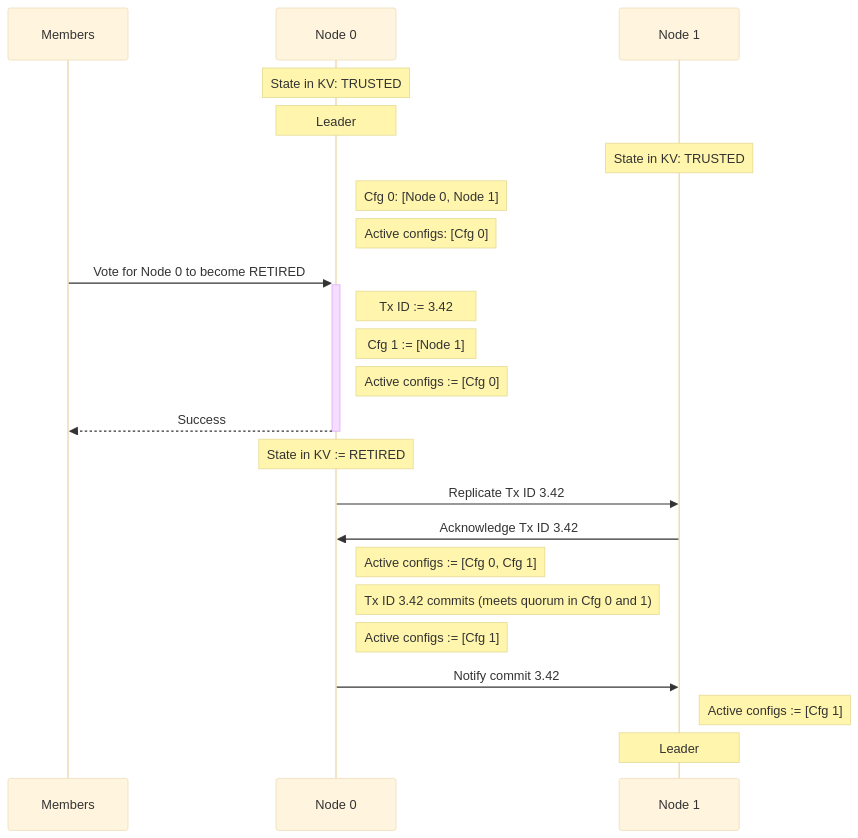
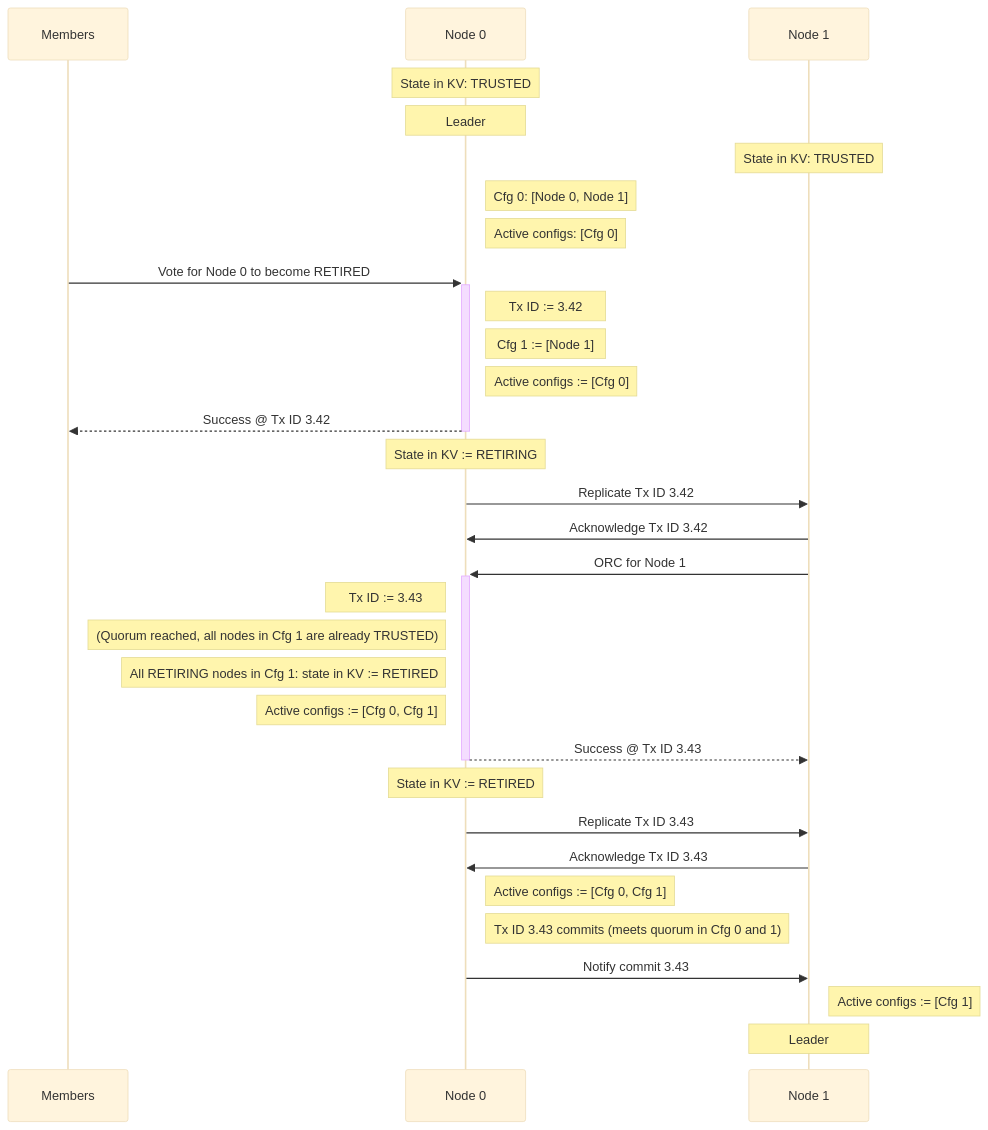
One commit to microsoft/CCF changed the fifth of 8 diagrams in doc/overview/consensus.rst. Above: the diagram before and after it, drawn with Mermaid (base theme). The commit also changed other lines of this file, not shown here.

```diff
--- a/doc/overview/consensus.rst
+++ b/doc/overview/consensus.rst
@@ -258,32 +251,43 @@
 .. mermaid::
 
   sequenceDiagram
       participant Members
       participant Node 0
       participant Node 1
 
       Note over Node 0: State in KV: TRUSTED
       Note over Node 0: Leader
       Note over Node 1: State in KV: TRUSTED
 
       Note right of Node 0: Cfg 0: [Node 0, Node 1]
       Note right of Node 0: Active configs: [Cfg 0]
 
       Members->>+Node 0: Vote for Node 0 to become RETIRED
 
       Note right of Node 0: Tx ID := 3.42
       Note right of Node 0: Cfg 1 := [Node 1]
       Note right of Node 0: Active configs := [Cfg 0]
-      Node 0-->>-Members: Success
+      Node 0-->>-Members: Success @ Tx ID 3.42
+
+      Note over Node 0: State in KV := RETIRING
+
+      Node 0->>Node 1: Replicate Tx ID 3.42
+      Node 1->>Node 0: Acknowledge Tx ID 3.42
+
+      Node 1->>+Node 0: ORC for Node 1
+      Note left of Node 0: Tx ID := 3.43
+      Note left of Node 0: (Quorum reached, all nodes in Cfg 1 are already TRUSTED)
+      Note left of Node 0: All RETIRING nodes in Cfg 1: state in KV := RETIRED
+      Note left of Node 0: Active configs := [Cfg 0, Cfg 1]
+      Node 0-->>-Node 1: Success @ Tx ID 3.43
 
       Note over Node 0: State in KV := RETIRED
 
-      Node 0->>Node 1: Replicate Tx ID 3.42
-      Node 1->>Node 0: Acknowledge Tx ID 3.42
+      Node 0->>Node 1: Replicate Tx ID 3.43
+      Node 1->>Node 0: Acknowledge Tx ID 3.43
       Note right of Node 0: Active configs := [Cfg 0, Cfg 1]
-      Note right of Node 0: Tx ID 3.42 commits (meets quorum in Cfg 0 and 1)
-      Note right of Node 0: Active configs := [Cfg 1]
+      Note right of Node 0: Tx ID 3.43 commits (meets quorum in Cfg 0 and 1)
 
-      Node 0->>Node 1: Notify commit 3.42
+      Node 0->>Node 1: Notify commit 3.43
       Note right of Node 1: Active configs := [Cfg 1]
       Note over Node 1: Leader
```
